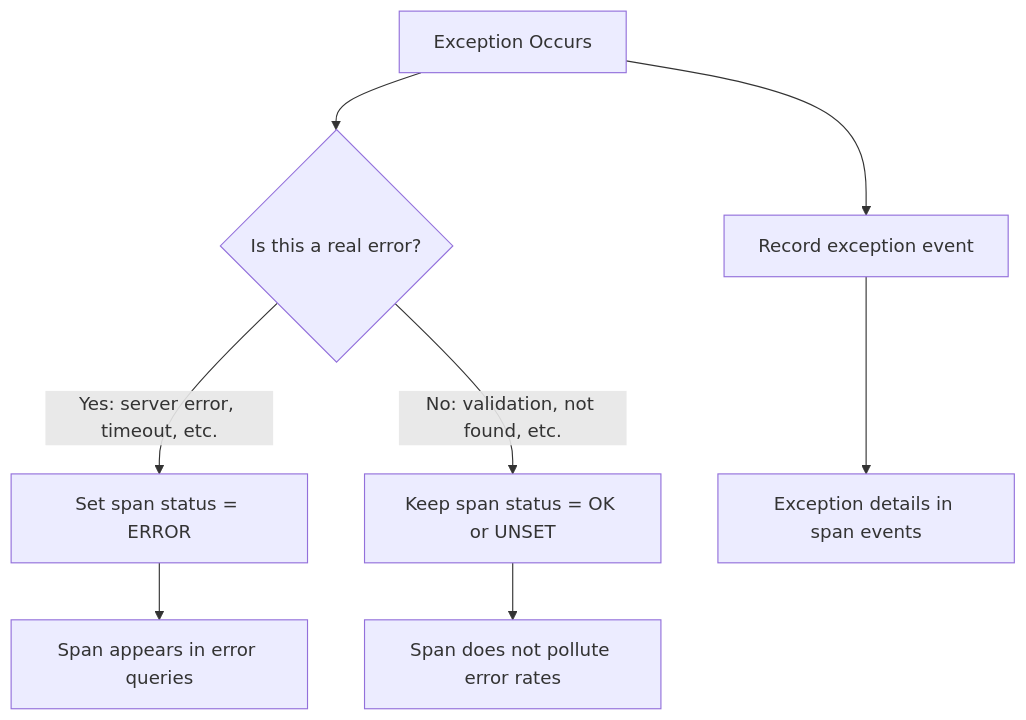
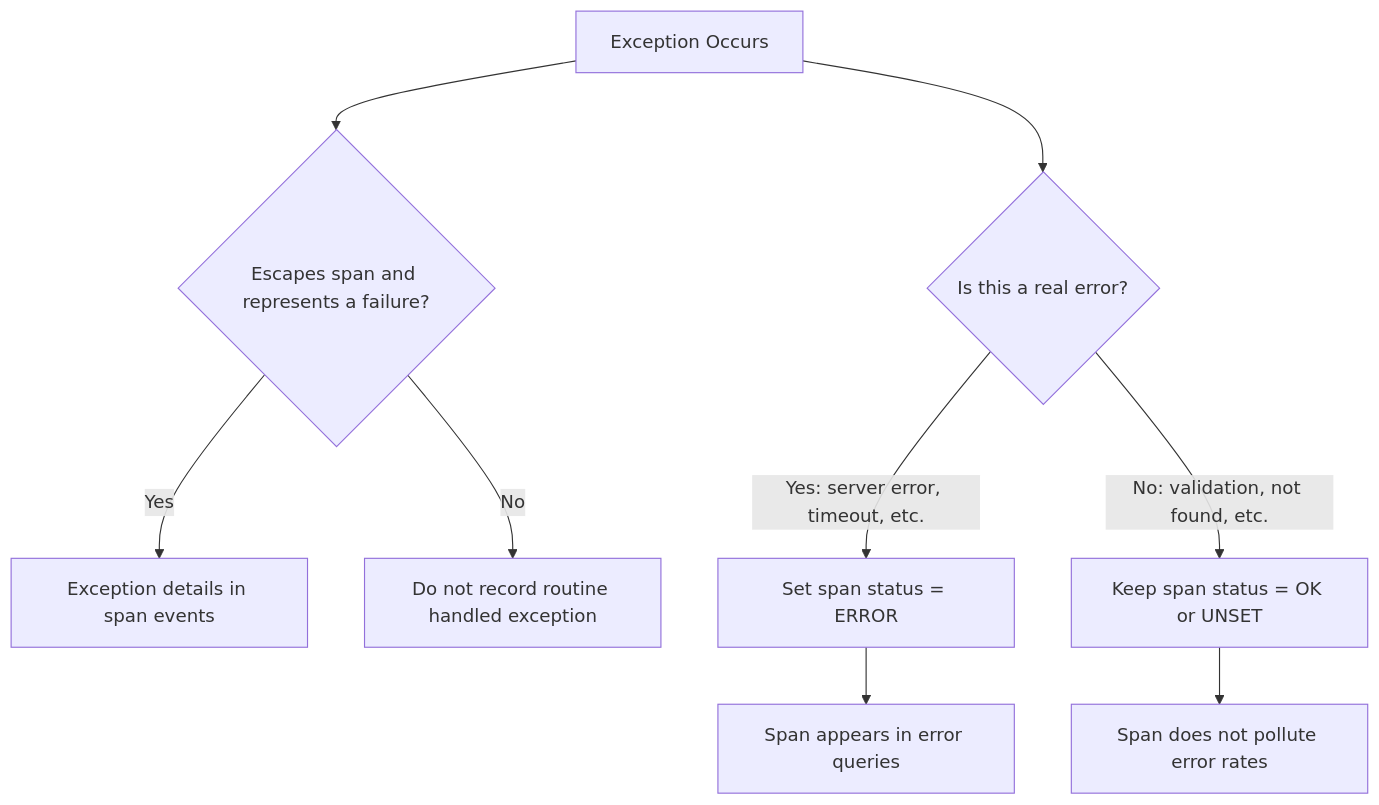
The second of 2 diagrams in posts/2026-02-06-exception-semantic-conventions-error-recording/README.md (OneUptime/blog), drawn with Mermaid before and after one commit. The commit also changed other lines of this file and 2 other files, not shown here.

Commit message:
validate: 2026-02-06-exception-semantic-conventions-error-recording

````diff
--- a/posts/2026-02-06-exception-semantic-conventions-error-recording/README.md
+++ b/posts/2026-02-06-exception-semantic-conventions-error-recording/README.md
@@ -169,10 +175,11 @@
 ```mermaid
 graph TD
-    A[Exception Occurs] --> B[Record exception event]
+    A[Exception Occurs] --> B{Escapes span and represents a failure?}
     A --> C{Is this a real error?}
+    B -->|Yes| F[Exception details in span events]
+    B -->|No| H[Do not record routine handled exception]
     C -->|Yes: server error, timeout, etc.| D[Set span status = ERROR]
     C -->|No: validation, not found, etc.| E[Keep span status = OK or UNSET]
-    B --> F[Exception details in span events]
     D --> G[Span appears in error queries]
-    E --> H[Span does not pollute error rates]
+    E --> I[Span does not pollute error rates]
 ```
````
